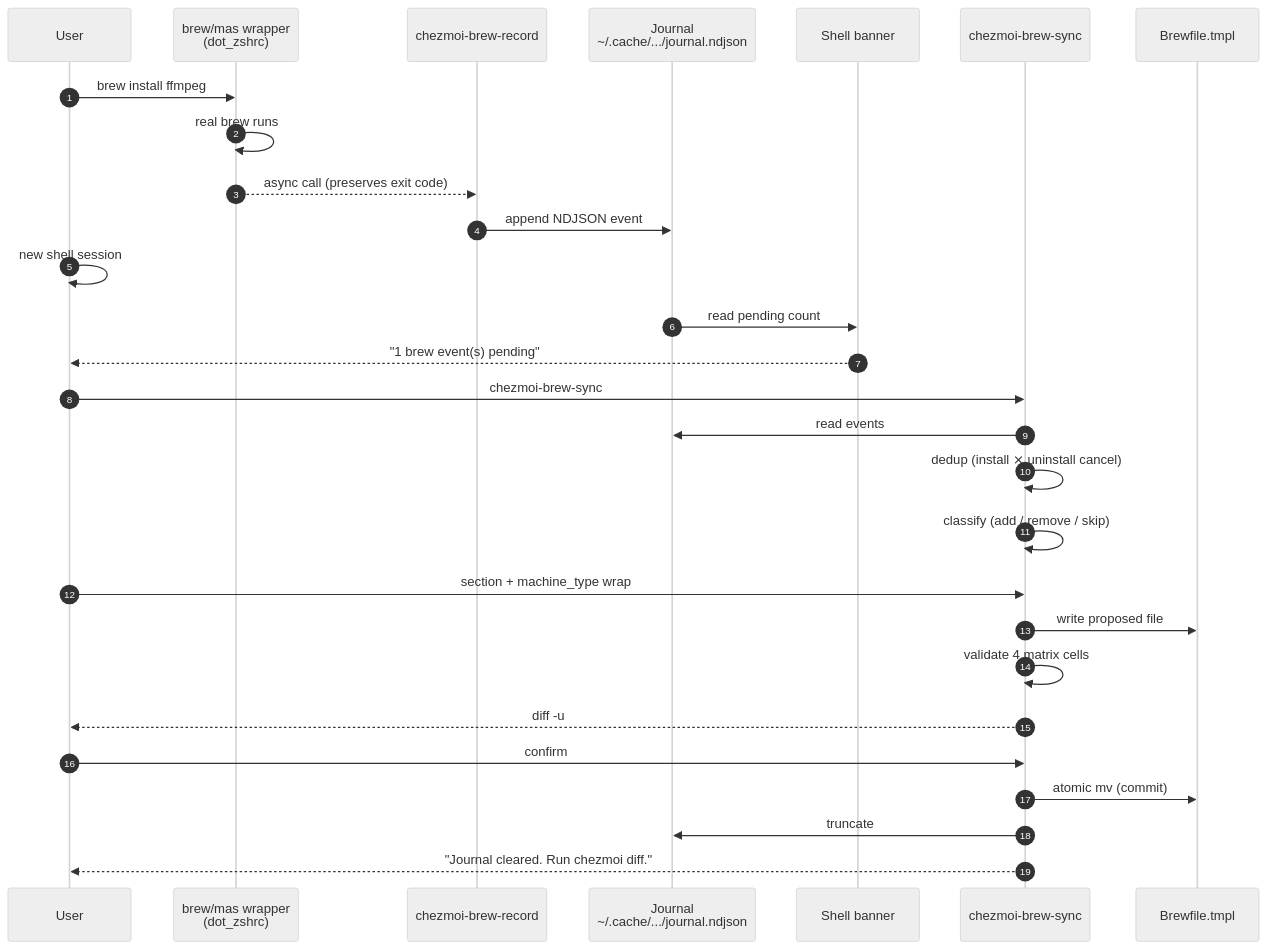
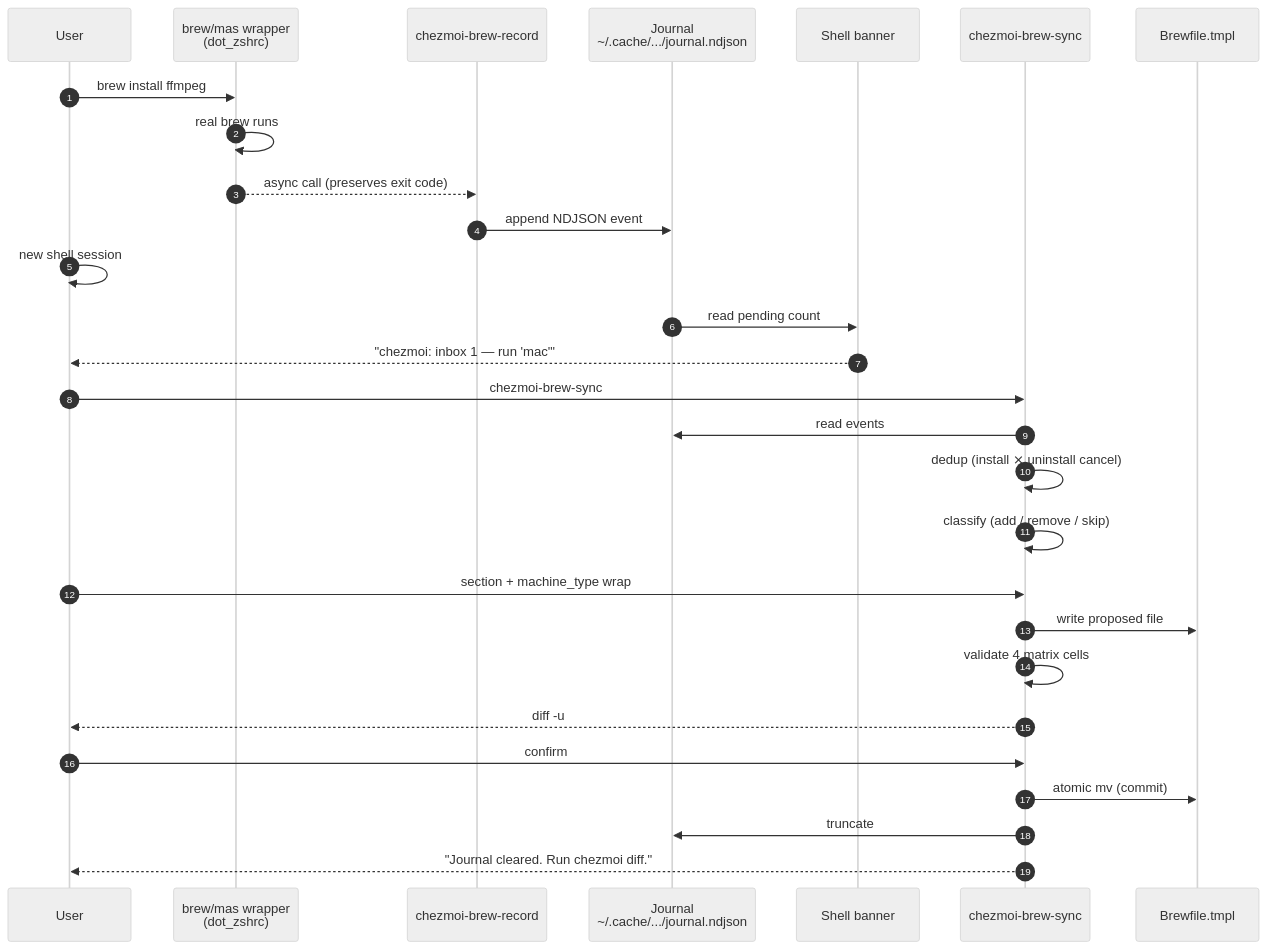
The diagram in docs/runbooks/brew-sync.md (edjchapman/Dotfiles), drawn with Mermaid (neutral theme) before and after one commit. The commit also changed other lines of this file and 18 other files, not shown here.

````diff
--- a/docs/runbooks/brew-sync.md
+++ b/docs/runbooks/brew-sync.md
@@ -9,31 +9,31 @@
 ```mermaid
 sequenceDiagram
     autonumber
     participant U as User
     participant W as brew/mas wrapper<br/>(dot_zshrc)
     participant R as chezmoi-brew-record
     participant J as Journal<br/>~/.cache/.../journal.ndjson
     participant B as Shell banner
     participant S as chezmoi-brew-sync
     participant T as Brewfile.tmpl
 
     U->>W: brew install ffmpeg
     W->>W: real brew runs
     W-->>R: async call (preserves exit code)
     R->>J: append NDJSON event
     U->>U: new shell session
     J->>B: read pending count
-    B-->>U: "1 brew event(s) pending"
+    B-->>U: "chezmoi: inbox 1 — run 'mac'"
     U->>S: chezmoi-brew-sync
     S->>J: read events
     S->>S: dedup (install ⨯ uninstall cancel)
     S->>S: classify (add / remove / skip)
     U->>S: section + machine_type wrap
     S->>T: write proposed file
     S->>S: validate 4 matrix cells
     S-->>U: diff -u
     U->>S: confirm
     S->>T: atomic mv (commit)
     S->>J: truncate
     S-->>U: "Journal cleared. Run chezmoi diff."
 ```
````
